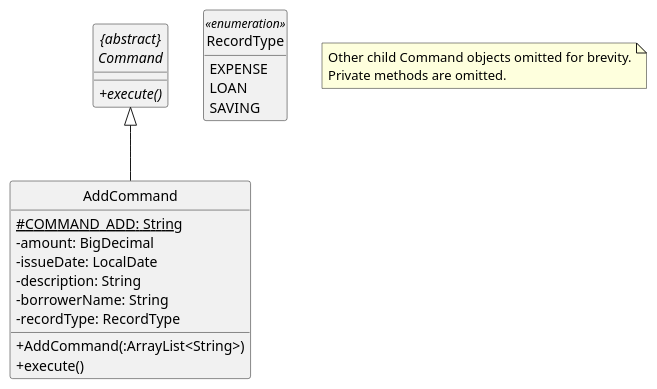
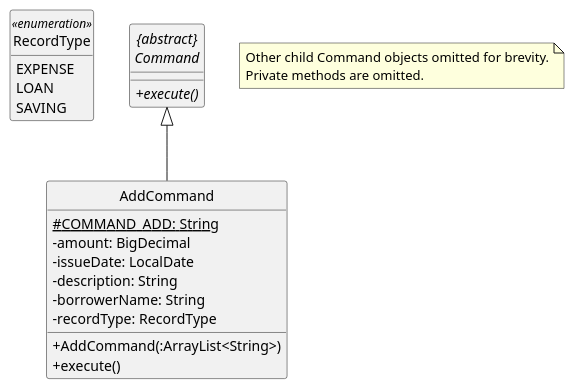
Before and after one commit to nus-cs2113-AY2021S2/tp: the diagram in docs/diagrams/CommandClassDiagram.puml, drawn with PlantUML. The commit also changed 3 other files, not shown here.

Commit message:
Update minor details of diagrams

```diff
--- a/docs/diagrams/CommandClassDiagram.puml
+++ b/docs/diagrams/CommandClassDiagram.puml
@@ -1,35 +1,35 @@
 @startuml
 skinparam classAttributeIconSize 0
 hide circle
 
 note "Other child Command objects omitted for brevity.\nPrivate methods are omitted." as N1
 
 abstract class "{abstract}\nCommand" as Command {
     {abstract} +execute()
 }
 
 enum RecordType <<enumeration>> {
     EXPENSE
     LOAN
     SAVING
 }
 
 class AddCommand {
     {static} #COMMAND_ADD: String
     -amount: BigDecimal
     -issueDate: LocalDate
     -description: String
     -borrowerName: String
     -recordType: RecordType
     +AddCommand(:ArrayList<String>)
     +execute()
 }
 
 skinparam linetype polyline
 
 Command <|-- AddCommand
 
 hide RecordType empty members
-Command -right[hidden] RecordType
+Command -left[hidden] RecordType
 
 @enduml
```
